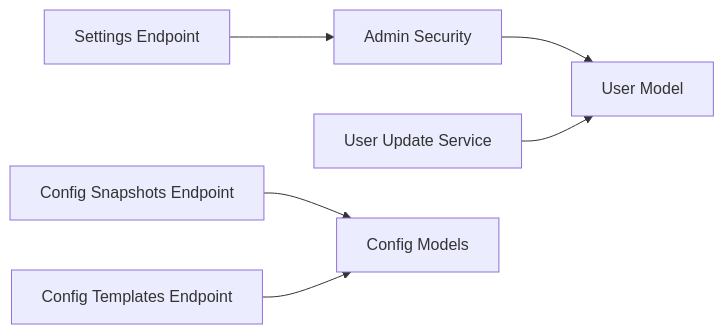
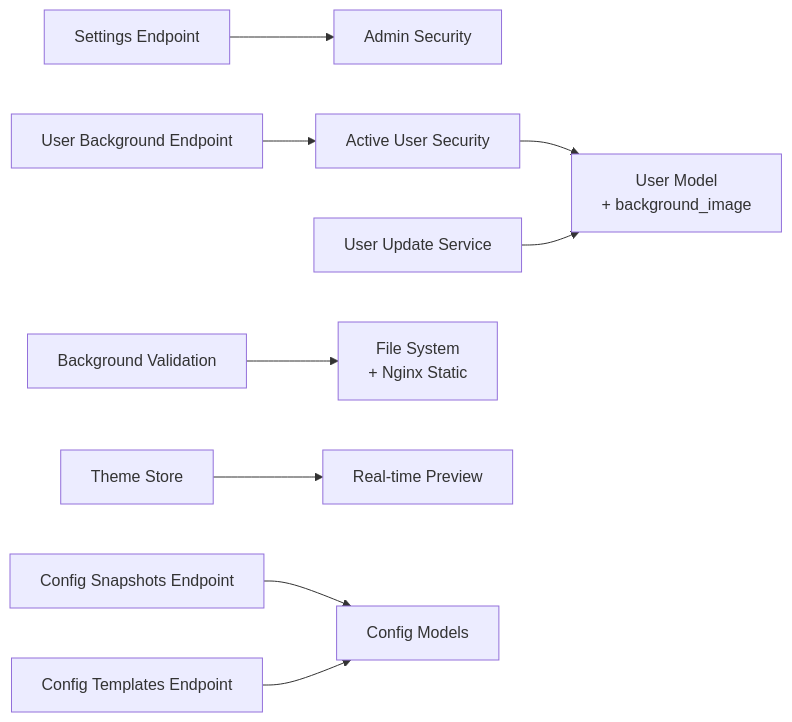
Before and after one commit to Nikita5543/New-SSO-02: the fourth of 4 diagrams in .qoder/repowiki/en/content/Core API Reference/Settings Endpoints.md, drawn with Mermaid. The commit also changed other lines of this file and 7 other files, not shown here.

````diff
--- a/.qoder/repowiki/en/content/Core API Reference/Settings Endpoints.md
+++ b/.qoder/repowiki/en/content/Core API Reference/Settings Endpoints.md
@@ -259,8 +303,11 @@
 ```mermaid
 graph LR
 SettingsEP["Settings Endpoint"] --> AdminSec["Admin Security"]
-AdminSec --> UserModel["User Model"]
+UserBGEP["User Background Endpoint"] --> UserSec["Active User Security"]
+UserSec --> UserModel["User Model<br/>+ background_image"]
 UserUpdate["User Update Service"] --> UserModel
+BGValidation["Background Validation"] --> FileSys["File System<br/>+ Nginx Static"]
+ThemeStore["Theme Store"] --> BGPreview["Real-time Preview"]
 ConfigSnapEP["Config Snapshots Endpoint"] --> ConfigModels["Config Models"]
 ConfigTempEP["Config Templates Endpoint"] --> ConfigModels
 ```
````
